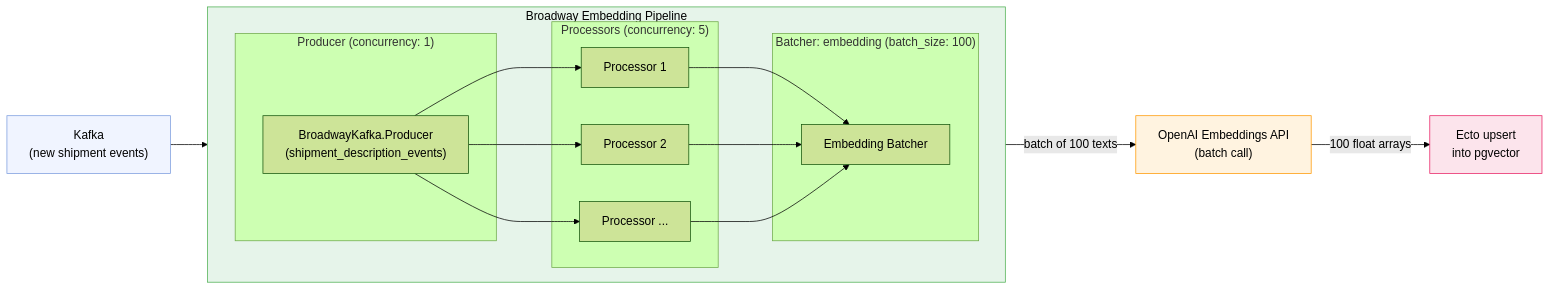
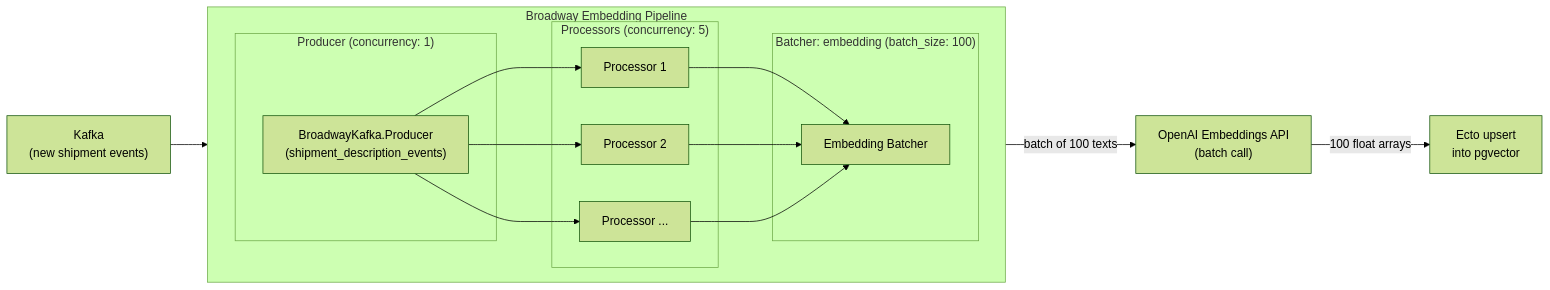
The fifth of 6 diagrams in docs/notes/semantic-search-vectors.md (bchassoul/notes), drawn with Mermaid (forest theme) before and after one commit. The commit also changed other lines of this file and 9 other files, not shown here.

Commit message:
Add diagrams and visual improvements across all notes

````diff
--- a/docs/notes/semantic-search-vectors.md
+++ b/docs/notes/semantic-search-vectors.md
@@ -548,28 +565,24 @@
 ```mermaid
 flowchart LR
     subgraph Broadway["Broadway Embedding Pipeline"]
         direction LR
         subgraph Producers["Producer (concurrency: 1)"]
             KP["BroadwayKafka.Producer\n(shipment_description_events)"]
         end
         subgraph Processors["Processors (concurrency: 5)"]
             PR1["Processor 1"]
             PR2["Processor 2"]
             PRN["Processor ..."]
         end
         subgraph Batchers["Batcher: embedding (batch_size: 100)"]
             B1["Embedding Batcher"]
         end
     end
 
     KAFKA["Kafka\n(new shipment events)"] --> KP
     KP --> PR1 & PR2 & PRN
     PR1 & PR2 & PRN --> B1
     B1 -->|"batch of 100 texts"| OAI["OpenAI Embeddings API\n(batch call)"]
     OAI -->|"100 float arrays"| PG["Ecto upsert\ninto pgvector"]
 
-    style Broadway fill:#e6f4ea,stroke:#4caf50,color:#000
-    style KAFKA fill:#f0f4ff,stroke:#7b9cde,color:#000
-    style OAI fill:#fff3e0,stroke:#ff9800,color:#000
-    style PG fill:#fce4ec,stroke:#e91e63,color:#000
 ```
````
